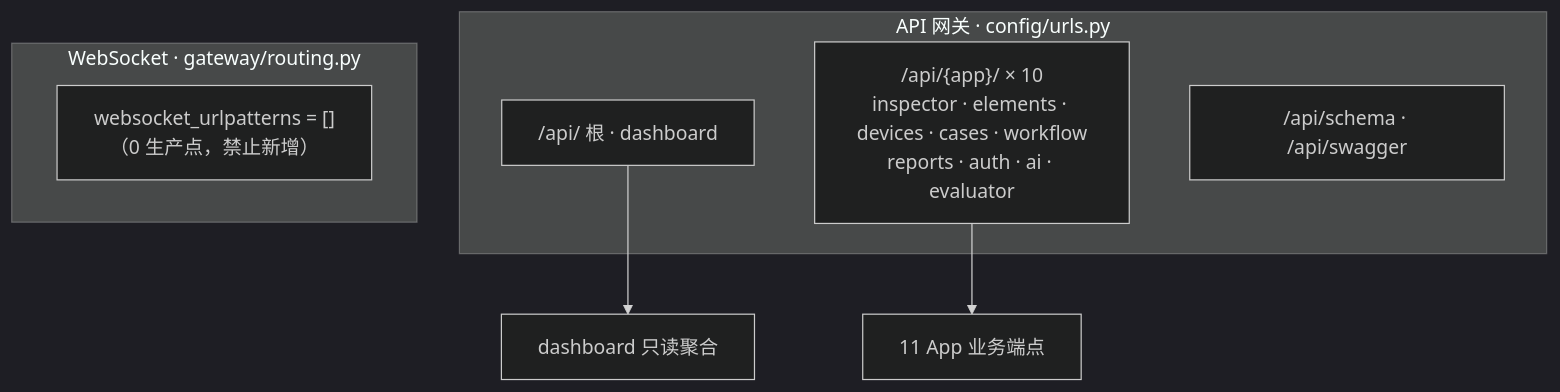
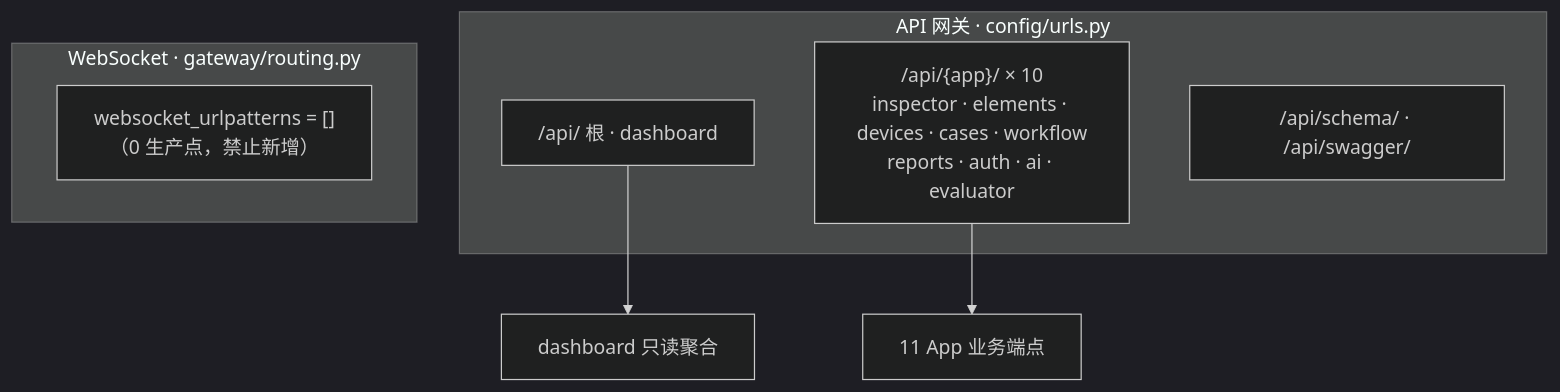
One commit to Kahoku-lazy/Android-AutoTests changed the fifth of 6 diagrams in dev_docs/ARCH_PRD/ARCH-00-平台总体架构.md. Above: the diagram before and after it, drawn with Mermaid (dark theme). The commit also changed 10 other files, not shown here.

````diff
--- a/dev_docs/ARCH_PRD/ARCH-00-平台总体架构.md
+++ b/dev_docs/ARCH_PRD/ARCH-00-平台总体架构.md
@@ -298,13 +298,13 @@
 ```mermaid
 flowchart TB
     subgraph GW["API 网关 · config/urls.py"]
         ROOT["/api/ 根 · dashboard"]
         APPS["/api/{app}/ × 10<br/>inspector · elements · devices · cases · workflow<br/>reports · auth · ai · evaluator"]
-        DOC["/api/schema · /api/swagger"]
+        DOC["/api/schema/ · /api/swagger/"]
     end
     subgraph WSR["WebSocket · gateway/routing.py"]
         W0["websocket_urlpatterns = []（0 生产点，禁止新增）"]
     end
     ROOT --> DB1["dashboard 只读聚合"]
     APPS --> DB2["11 App 业务端点"]
 ```
````
